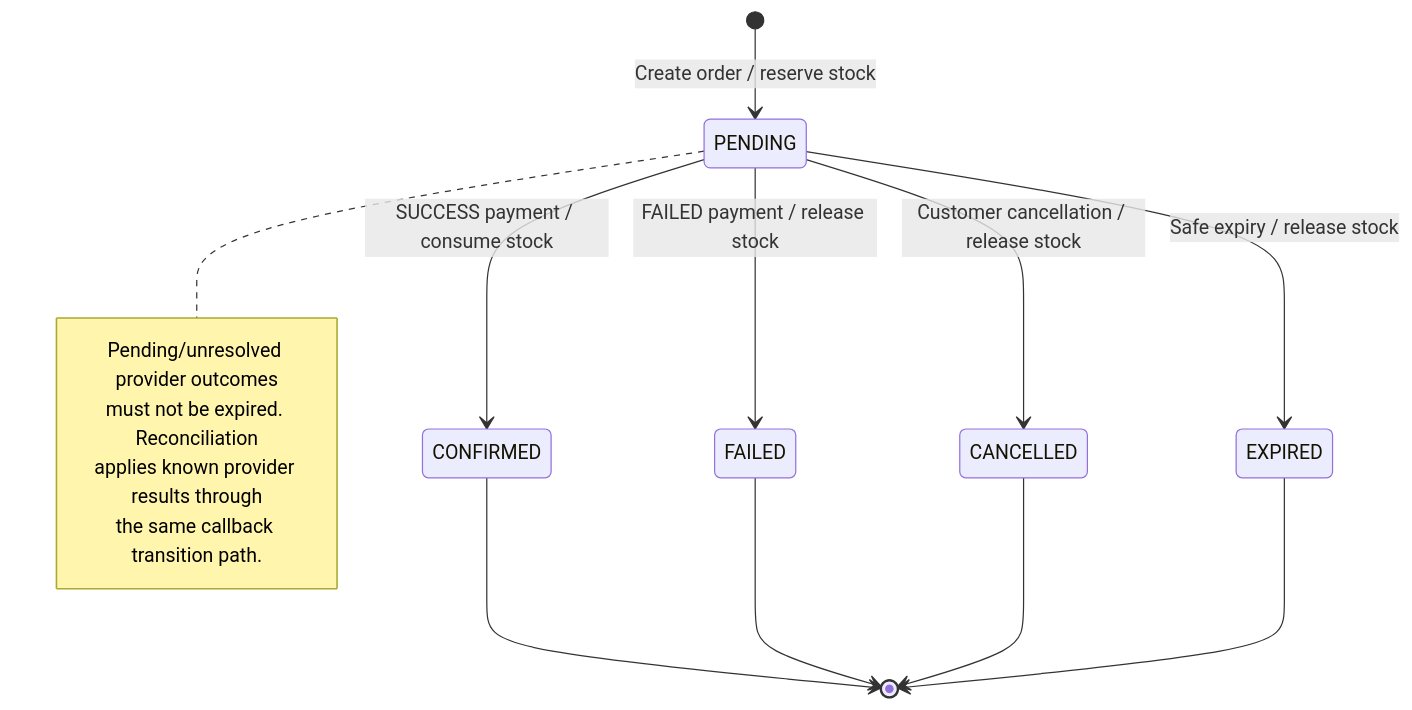
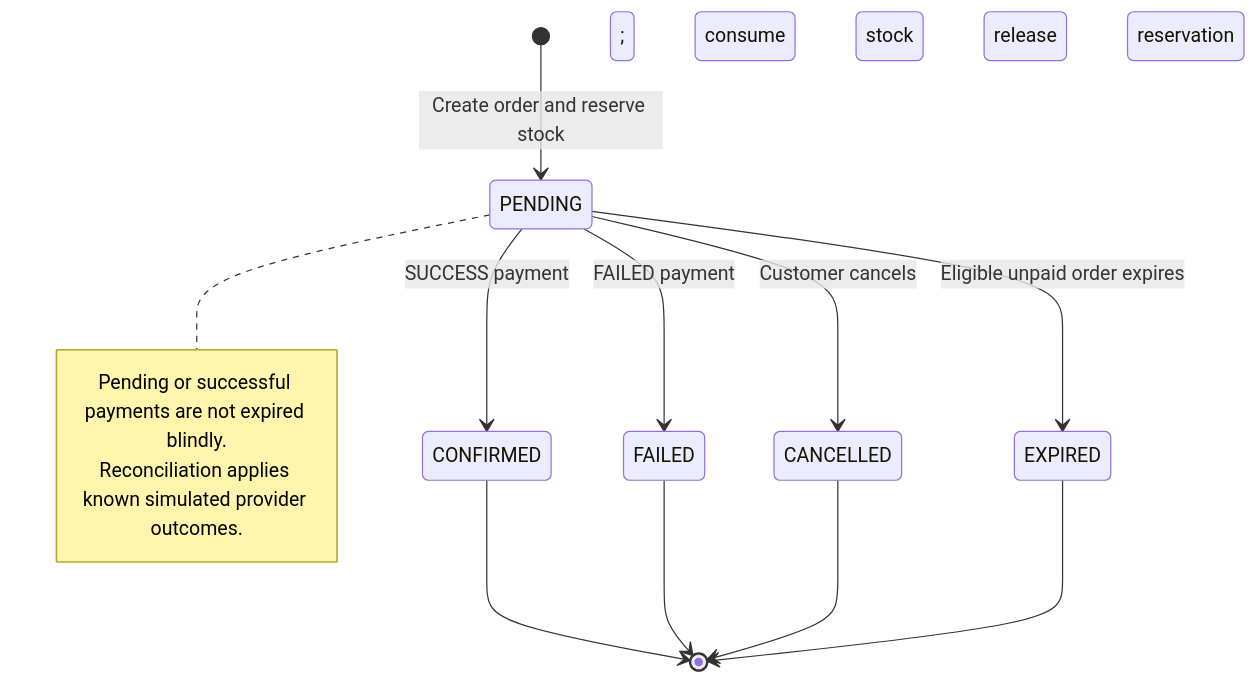
Before and after one commit to manmohansharma21/orderflow: the diagram in docs/diagrams/ORDER_PAYMENT_STATE.mmd, drawn with Mermaid. The commit also changed 49 other files, not shown here.

Commit message:
docs: repair architecture diagrams and organize evidence

```diff
--- a/docs/diagrams/ORDER_PAYMENT_STATE.mmd
+++ b/docs/diagrams/ORDER_PAYMENT_STATE.mmd
@@ -1,16 +1,14 @@
 stateDiagram-v2
-    [*] --> PENDING: Create order / reserve stock
-    PENDING --> CONFIRMED: SUCCESS payment / consume stock
-    PENDING --> FAILED: FAILED payment / release stock
-    PENDING --> CANCELLED: Customer cancellation / release stock
-    PENDING --> EXPIRED: Safe expiry / release stock
+    [*] --> PENDING: Create order and reserve stock
+    PENDING --> CONFIRMED: SUCCESS payment; consume stock
+    PENDING --> FAILED: FAILED payment; release reservation
+    PENDING --> CANCELLED: Customer cancels; release reservation
+    PENDING --> EXPIRED: Eligible unpaid order expires; release reservation
     note right of PENDING
-      Pending/unresolved provider outcomes
-      must not be expired. Reconciliation
-      applies known provider results through
-      the same callback transition path.
+      Pending or successful payments are not expired blindly.
+      Reconciliation applies known simulated provider outcomes.
     end note
     CONFIRMED --> [*]
     FAILED --> [*]
     CANCELLED --> [*]
     EXPIRED --> [*]
```
